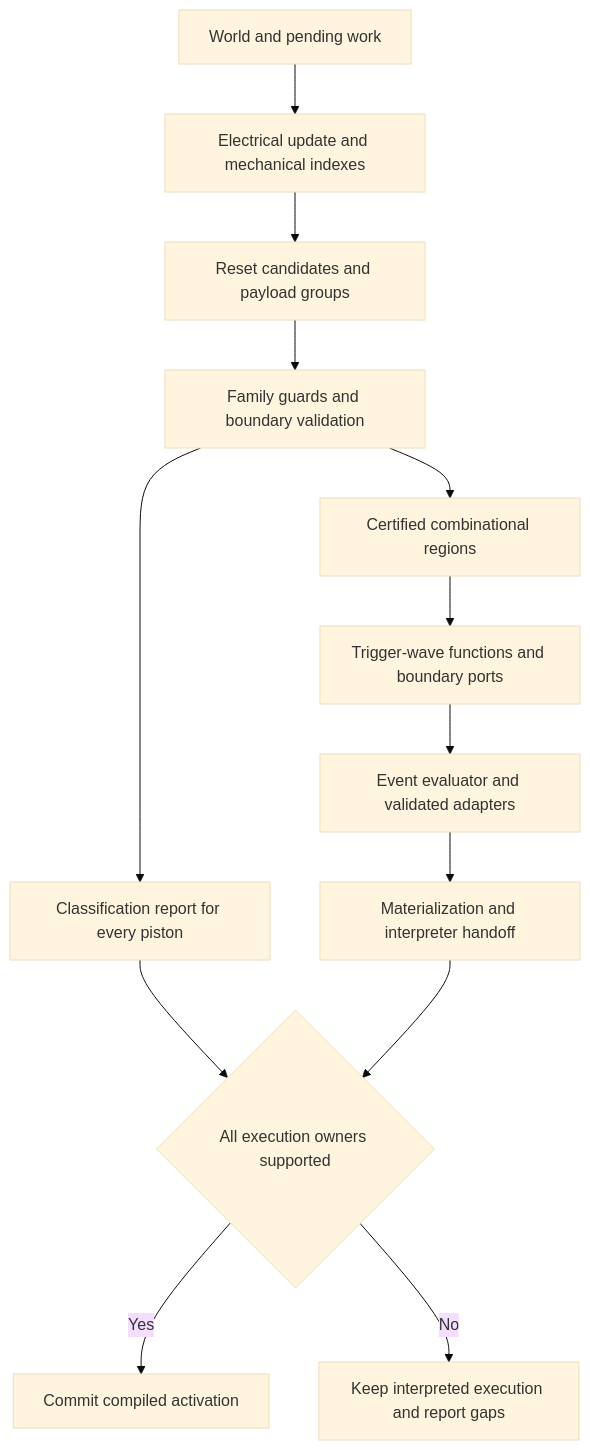
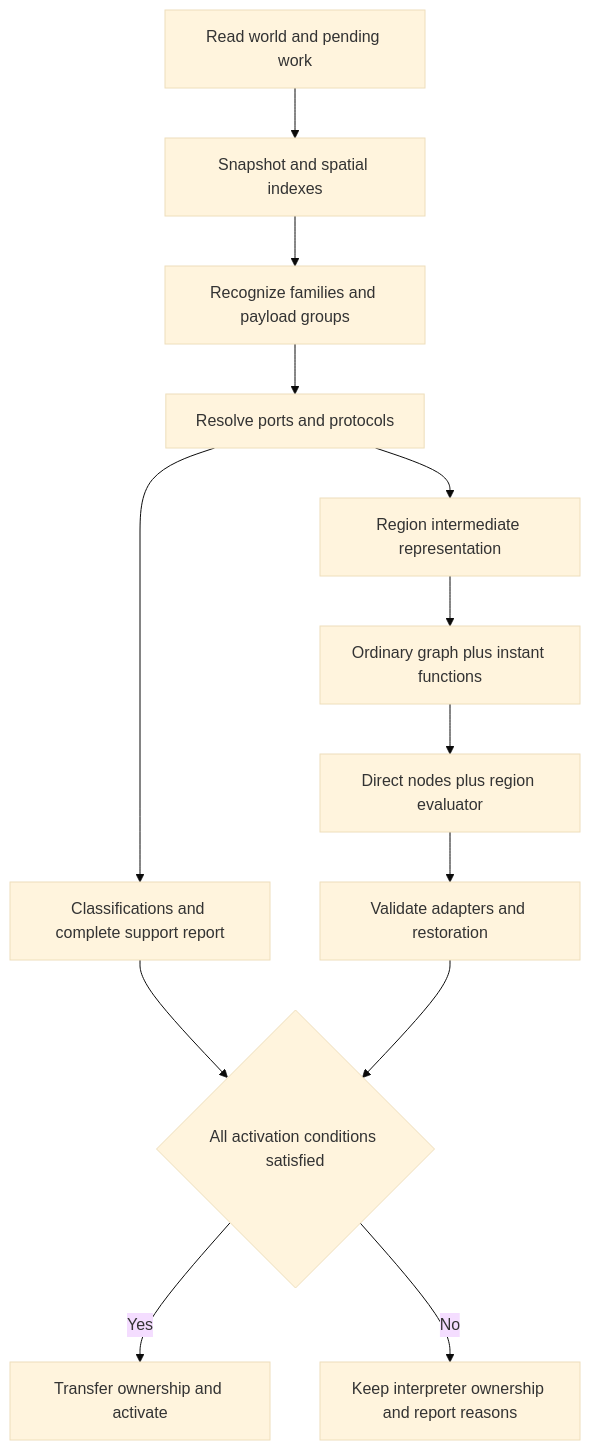
The diagram in docs/INSTANT_PISTON_IMPLEMENTATION_PLAN.md (Kazik24/MCHPRS), drawn with Mermaid (base theme) before and after one commit. The commit also changed other lines of this file and 59 other files, not shown here.

Commit message:
Add redpiller input schematics

````diff
--- a/docs/INSTANT_PISTON_IMPLEMENTATION_PLAN.md
+++ b/docs/INSTANT_PISTON_IMPLEMENTATION_PLAN.md
@@ -59,15 +70,15 @@
 ```mermaid
 flowchart TD
-    W[World and pending work] --> I[Electrical update and mechanical indexes]
-    I --> C[Reset candidates and payload groups]
-    C --> V[Family guards and boundary validation]
-    V --> R[Classification report for every piston]
-    V --> B[Certified combinational regions]
-    B --> G[Trigger-wave functions and boundary ports]
-    G --> E[Event evaluator and validated adapters]
-    E --> H[Materialization and interpreter handoff]
-    R --> A{All execution owners supported}
-    H --> A
-    A -->|Yes| J[Commit compiled activation]
-    A -->|No| P[Keep interpreted execution and report gaps]
+    W[Read world and pending work] --> S[Snapshot and spatial indexes]
+    S --> R[Recognize families and payload groups]
+    R --> P[Resolve ports and protocols]
+    P --> C[Classifications and complete support report]
+    P --> I[Region intermediate representation]
+    I --> G[Ordinary graph plus instant functions]
+    G --> B[Direct nodes plus region evaluator]
+    B --> V[Validate adapters and restoration]
+    C --> A{All activation conditions satisfied}
+    V --> A
+    A -->|Yes| X[Transfer ownership and activate]
+    A -->|No| D[Keep interpreter ownership and report reasons]
 ```
````
